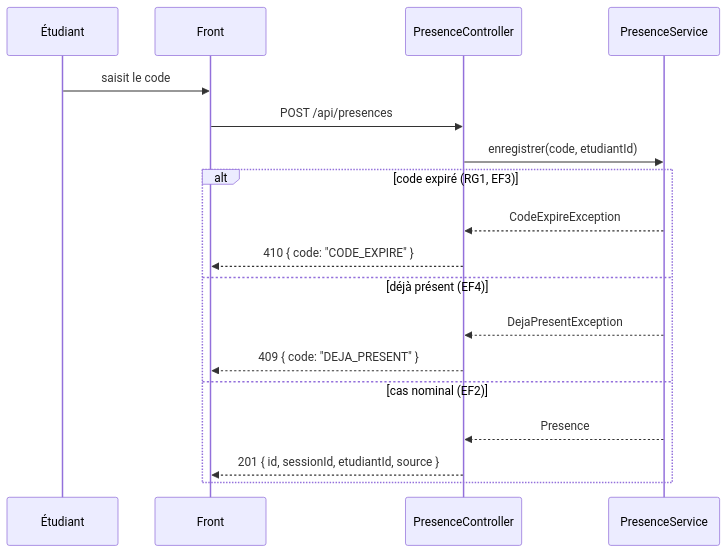
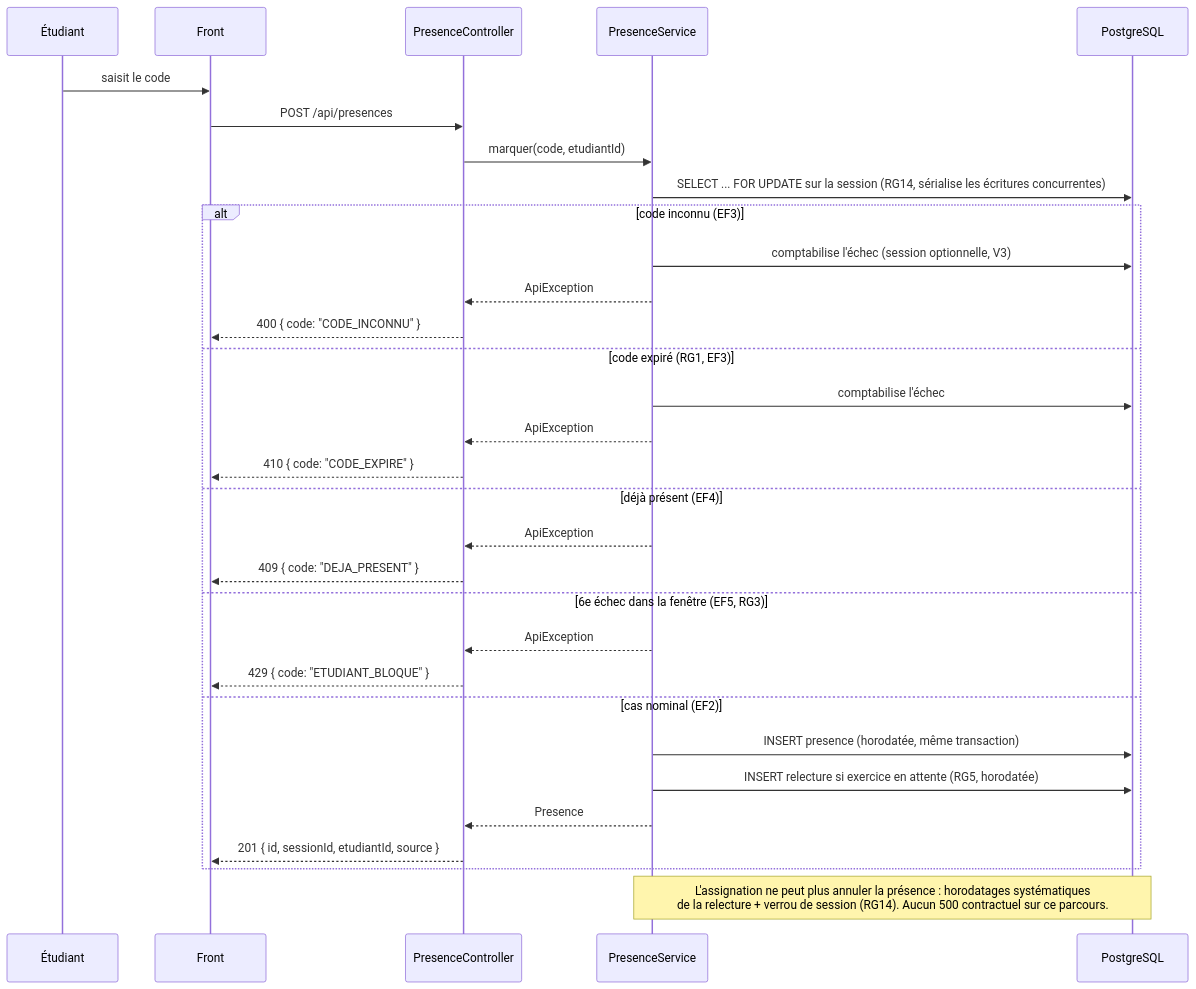
Before and after one commit to Teddy-do-na/kfokam48-epreuve-198: the diagram in docs/diagrammes/D3-sequence-presence.md, drawn with Mermaid. The commit also changed 3 other files, not shown here.

````diff
--- a/docs/diagrammes/D3-sequence-presence.md
+++ b/docs/diagrammes/D3-sequence-presence.md
@@ -2,21 +2,34 @@
 ```mermaid
 sequenceDiagram
     participant E as Étudiant
     participant F as Front
     participant API as PresenceController
     participant S as PresenceService
+    participant DB as PostgreSQL
 
     E->>F: saisit le code
     F->>API: POST /api/presences
-    API->>S: enregistrer(code, etudiantId)
-    alt code expiré (RG1, EF3)
-        S-->>API: CodeExpireException
+    API->>S: marquer(code, etudiantId)
+    S->>DB: SELECT ... FOR UPDATE sur la session (RG14, sérialise les écritures concurrentes)
+    alt code inconnu (EF3)
+        S->>DB: comptabilise l'échec (session optionnelle, V3)
+        S-->>API: ApiException
+        API-->>F: 400 { code: "CODE_INCONNU" }
+    else code expiré (RG1, EF3)
+        S->>DB: comptabilise l'échec
+        S-->>API: ApiException
         API-->>F: 410 { code: "CODE_EXPIRE" }
     else déjà présent (EF4)
-        S-->>API: DejaPresentException
+        S-->>API: ApiException
         API-->>F: 409 { code: "DEJA_PRESENT" }
+    else 6e échec dans la fenêtre (EF5, RG3)
+        S-->>API: ApiException
+        API-->>F: 429 { code: "ETUDIANT_BLOQUE" }
     else cas nominal (EF2)
+        S->>DB: INSERT presence (horodatée, même transaction)
+        S->>DB: INSERT relecture si exercice en attente (RG5, horodatée)
         S-->>API: Presence
         API-->>F: 201 { id, sessionId, etudiantId, source }
     end
+    Note over S,DB: L'assignation ne peut plus annuler la présence : horodatages systématiques<br/>de la relecture + verrou de session (RG14). Aucun 500 contractuel sur ce parcours.
 ```
````
